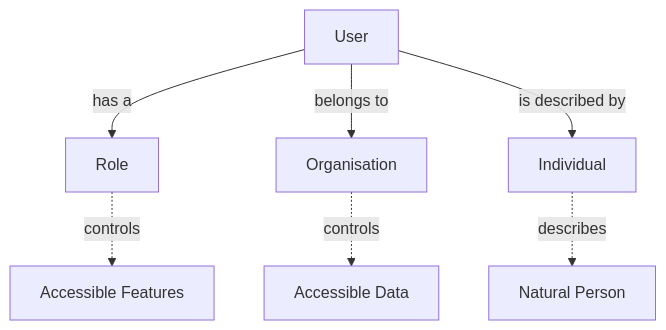
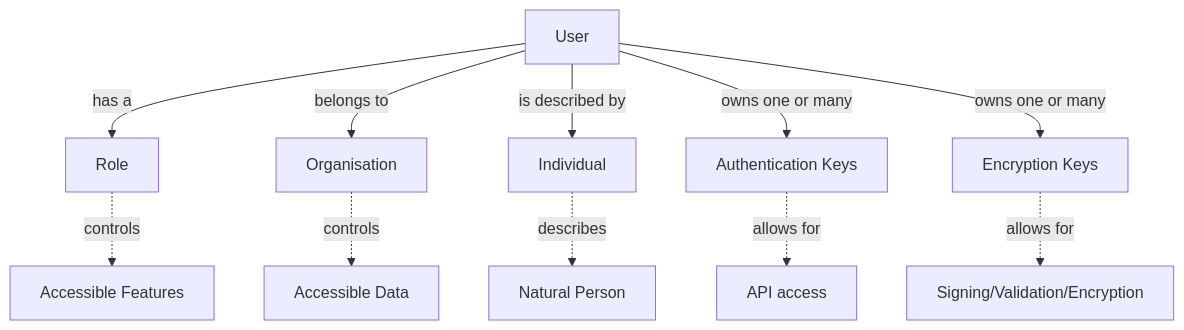
One commit to cerebrate-project/doc.cerebrate-project.org changed the second of 2 diagrams in docs/administration/index.md. Above: the diagram before and after it, drawn with Mermaid. The commit also changed other lines of this file and 1 other file, not shown here.

````diff
--- a/docs/administration/index.md
+++ b/docs/administration/index.md
@@ -98,9 +100,13 @@
 ```mermaid
 flowchart
     U[User] -->|has a| R[Role]
     U-->|belongs to| O[Organisation]
     U -->|is described by| I[Individual]
     R -.->|controls| F[Accessible Features]
     O -.->|controls| D[Accessible Data]
     I -.->|describes| P[Natural Person]
+    U --> |owns one or many| AK[Authentication Keys]
+    AK -.->|allows for| API[API access]
+    U --> |owns one or many| EK[Encryption Keys]
+    EK -.->|allows for| ENC[Signing/Validation/Encryption]
 ```
````
